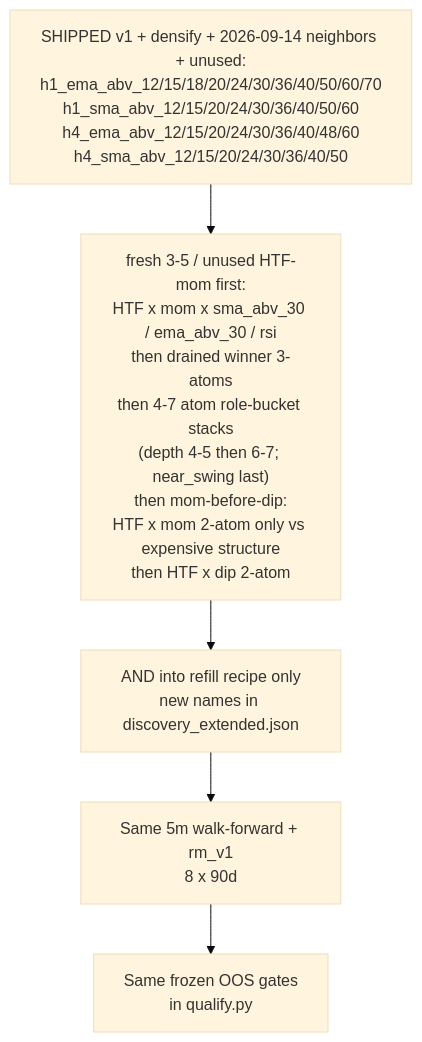
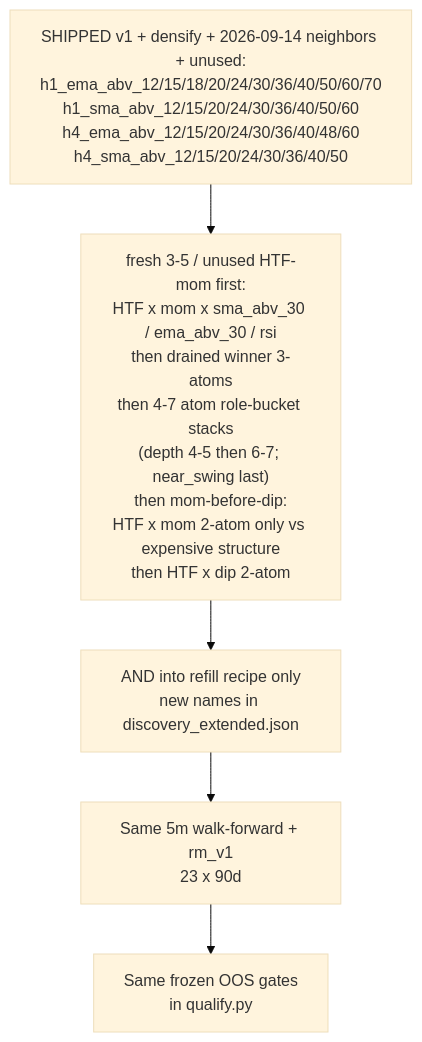
The third of 3 diagrams in docs/WORKFLOW.md (Runemark7/paper-trading-bot), drawn with Mermaid (base theme) before and after one commit. The commit also changed other lines of this file and 18 other files, not shown here.

First line of the commit message:
feat(discovery): walk-forward 23×90d full tape

````diff
--- a/docs/WORKFLOW.md
+++ b/docs/WORKFLOW.md
@@ -176,10 +177,10 @@
 ```mermaid
 flowchart TB
   shipped["SHIPPED v1 + densify + 2026-09-14 neighbors + unused:\nh1_ema_abv_12/15/18/20/24/30/36/40/50/60/70\nh1_sma_abv_12/15/20/24/30/36/40/50/60\nh4_ema_abv_12/15/20/24/30/36/40/48/60\nh4_sma_abv_12/15/20/24/30/36/40/50"]
   order["fresh 3-5 / unused HTF-mom first:\nHTF x mom x sma_abv_30 / ema_abv_30 / rsi\nthen drained winner 3-atoms\nthen 4-7 atom role-bucket stacks\n(depth 4-5 then 6-7; near_swing last)\nthen mom-before-dip:\nHTF x mom 2-atom only vs expensive structure\nthen HTF x dip 2-atom"]
   mintOnly["AND into refill recipe only\nnew names in discovery_extended.json"]
-  sameEval["Same 5m walk-forward + rm_v1\n8 x 90d"]
+  sameEval["Same 5m walk-forward + rm_v1\n23 x 90d"]
   sameGate["Same frozen OOS gates\nin qualify.py"]
 
   shipped --> order --> mintOnly --> sameEval --> sameGate
 ```
````
